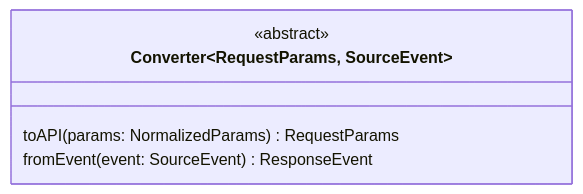
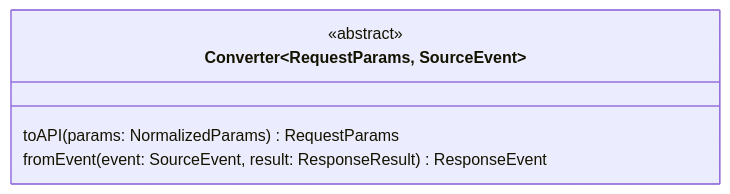
Before and after one commit to maozy13/neuralink: the diagram in design/converter.md, drawn with Mermaid. The commit also changed other lines of this file and 10 other files, not shown here.

````diff
--- a/design/converter.md
+++ b/design/converter.md
@@ -5,9 +5,9 @@
 ```mermaid
 classDiagram
 
 class Converter~RequestParams, SourceEvent~ {
   <<abstract>>
   toAPI(params: NormalizedParams) RequestParams
-  fromEvent(event: SourceEvent) ResponseEvent
+  fromEvent(event: SourceEvent, result: ResponseResult) ResponseEvent
 }
 ```
````
